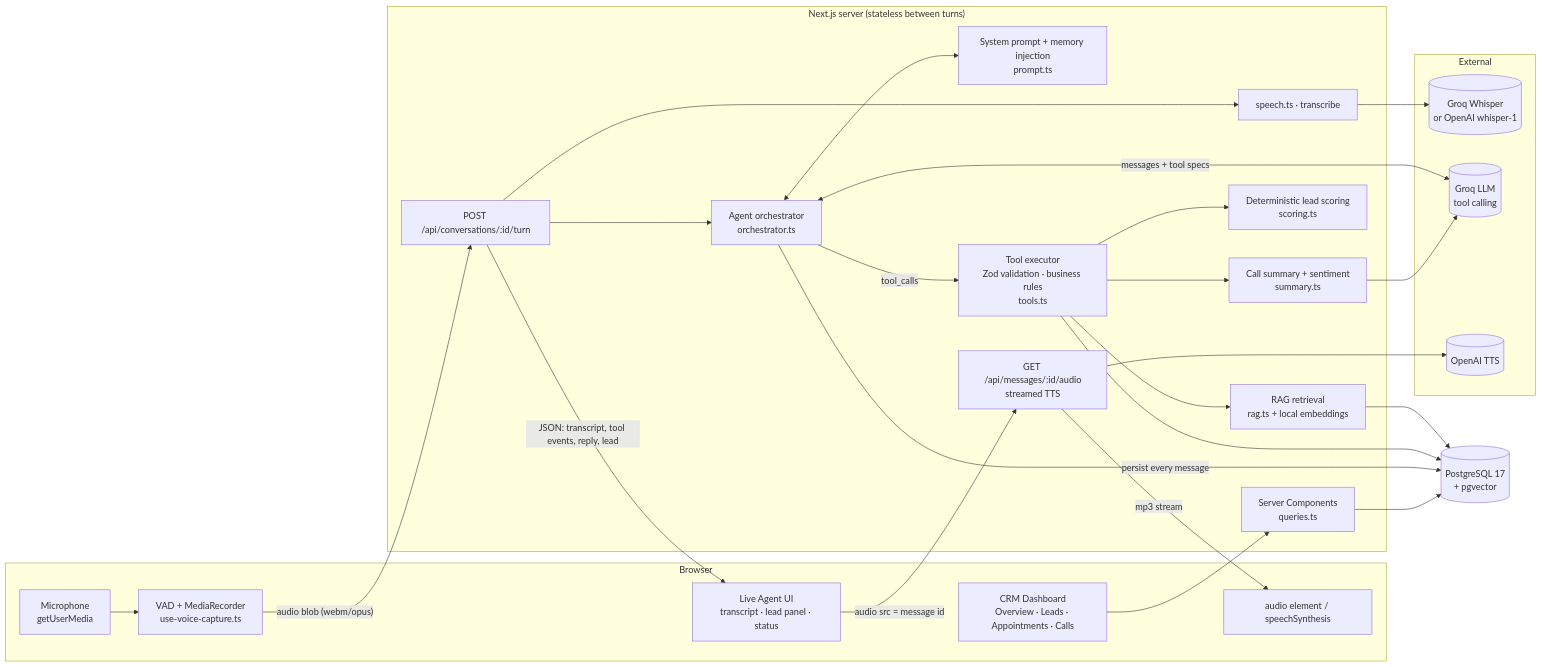
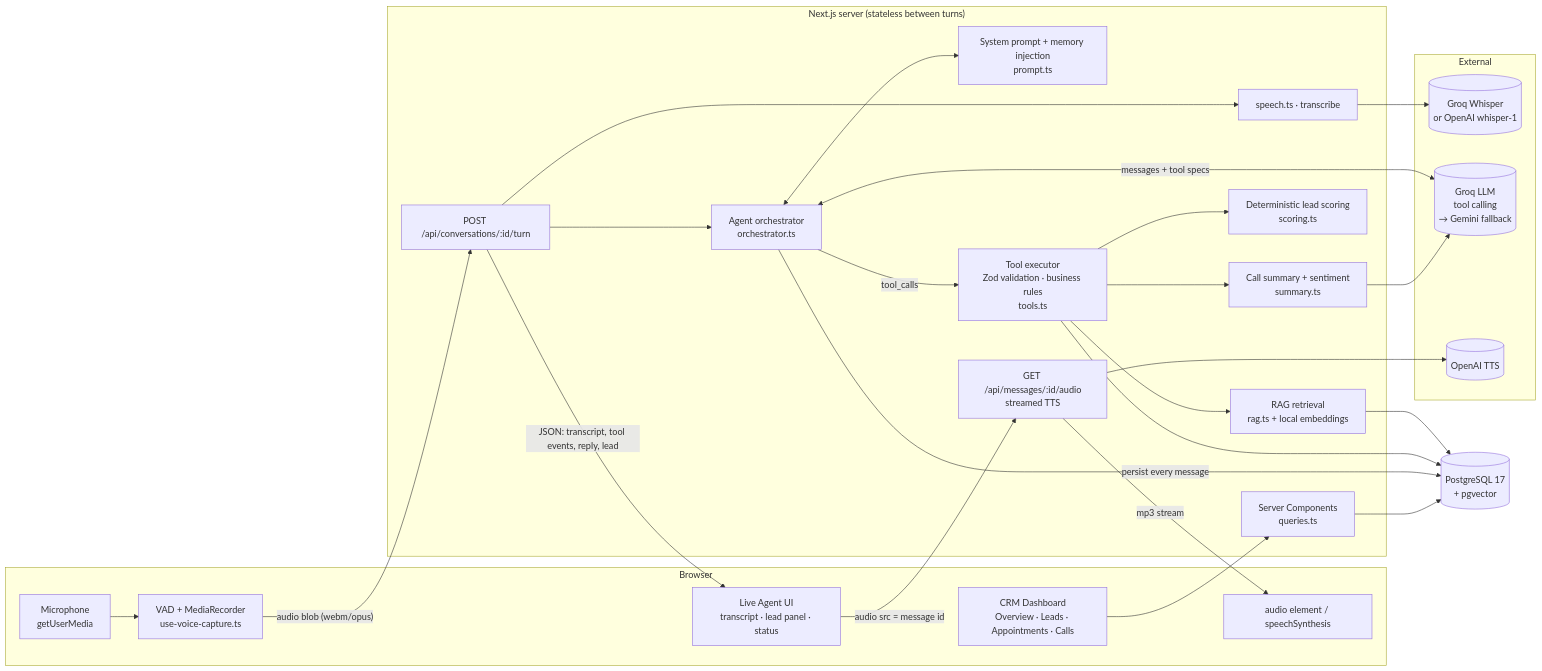
The first of 3 diagrams in docs/ARCHITECTURE.md (mildlybrutal/sales-agent), drawn with Mermaid before and after one commit. The commit also changed other lines of this file and 16 other files, not shown here.

First line of the commit message:
Add Gemini fallback LLM and light/dark theme

````diff
--- a/docs/ARCHITECTURE.md
+++ b/docs/ARCHITECTURE.md
@@ -14,46 +14,46 @@
 ```mermaid
 flowchart LR
   subgraph Browser
     MIC[Microphone<br/>getUserMedia] --> VAD[VAD + MediaRecorder<br/>use-voice-capture.ts]
     UI[Live Agent UI<br/>transcript · lead panel · status]
     SPK[audio element / speechSynthesis]
     DASH[CRM Dashboard<br/>Overview · Leads · Appointments · Calls]
   end
 
   subgraph "Next.js server (stateless between turns)"
     TURN[POST /api/conversations/:id/turn]
     STT[speech.ts · transcribe]
     ORCH[Agent orchestrator<br/>orchestrator.ts]
     PROMPT[System prompt + memory injection<br/>prompt.ts]
     TOOLS[Tool executor<br/>Zod validation · business rules<br/>tools.ts]
     RAG[RAG retrieval<br/>rag.ts + local embeddings]
     SCORE[Deterministic lead scoring<br/>scoring.ts]
     SUM[Call summary + sentiment<br/>summary.ts]
     TTS[GET /api/messages/:id/audio<br/>streamed TTS]
     RSC[Server Components<br/>queries.ts]
   end
 
   subgraph External
     WHISPER[(Groq Whisper<br/>or OpenAI whisper-1)]
-    LLM[(Groq LLM<br/>tool calling)]
+    LLM[(Groq LLM<br/>tool calling<br/>→ Gemini fallback)]
     OTTS[(OpenAI TTS)]
   end
 
   PG[(PostgreSQL 17<br/>+ pgvector)]
 
   VAD -- "audio blob (webm/opus)" --> TURN
   TURN --> STT --> WHISPER
   TURN --> ORCH
   ORCH <--> PROMPT
   ORCH <-- "messages + tool specs" --> LLM
   ORCH -- "tool_calls" --> TOOLS
   TOOLS --> RAG --> PG
   TOOLS --> SCORE
   TOOLS --> SUM --> LLM
   TOOLS --> PG
   ORCH -- "persist every message" --> PG
   TURN -- "JSON: transcript, tool events, reply, lead" --> UI
   UI -- "audio src = message id" --> TTS --> OTTS
   TTS -- "mp3 stream" --> SPK
   DASH --> RSC --> PG
 ```
````
